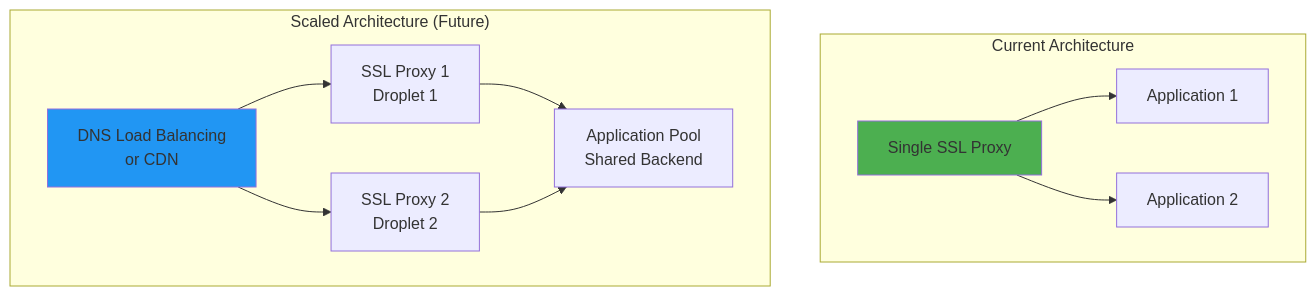
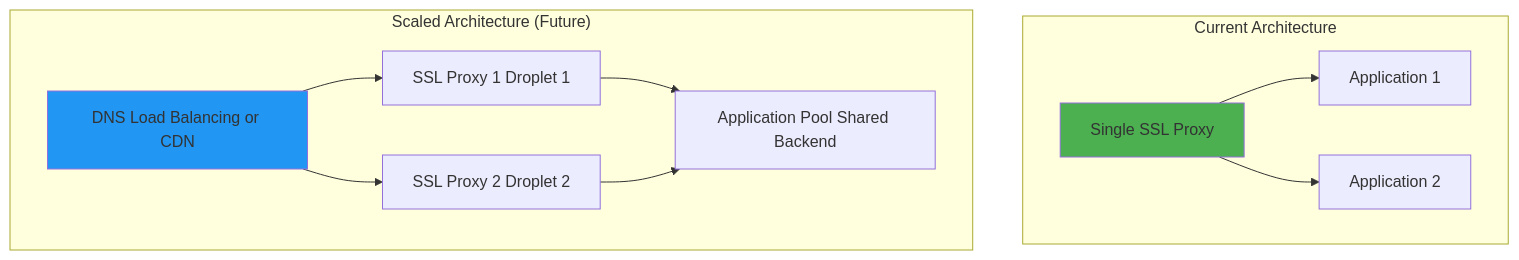
Before and after one commit to softwarewrighter/ssl-proxy-for-do: the tenth of 10 diagrams in wiki/Architecture.md, drawn with Mermaid. The commit also changed other lines of this file and 7 other files, not shown here.

First line of the commit message:
Fix wiki Mermaid diagrams: remove remaining <br/> tags

````diff
--- a/wiki/Architecture.md
+++ b/wiki/Architecture.md
@@ -566,20 +566,20 @@
 ```mermaid
 graph TB
     subgraph "Current Architecture"
         LB1[Single SSL Proxy]
         LB1 --> App1[Application 1]
         LB1 --> App2[Application 2]
     end
 
     subgraph "Scaled Architecture (Future)"
-        DNS_LB[DNS Load Balancing<br/>or CDN]
-        DNS_LB --> Proxy1[SSL Proxy 1<br/>Droplet 1]
-        DNS_LB --> Proxy2[SSL Proxy 2<br/>Droplet 2]
+        DNS_LB[DNS Load Balancing or CDN]
+        DNS_LB --> Proxy1[SSL Proxy 1 Droplet 1]
+        DNS_LB --> Proxy2[SSL Proxy 2 Droplet 2]
 
-        Proxy1 --> AppPool[Application Pool<br/>Shared Backend]
+        Proxy1 --> AppPool[Application Pool Shared Backend]
         Proxy2 --> AppPool
     end
 
     style LB1 fill:#4CAF50
     style DNS_LB fill:#2196F3
 ```
````
